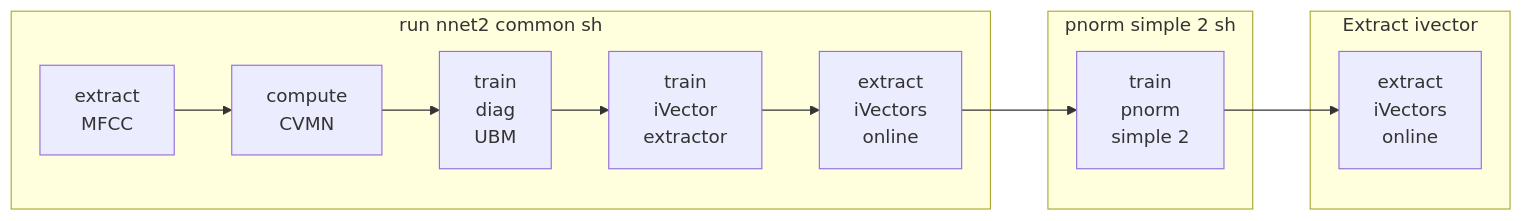
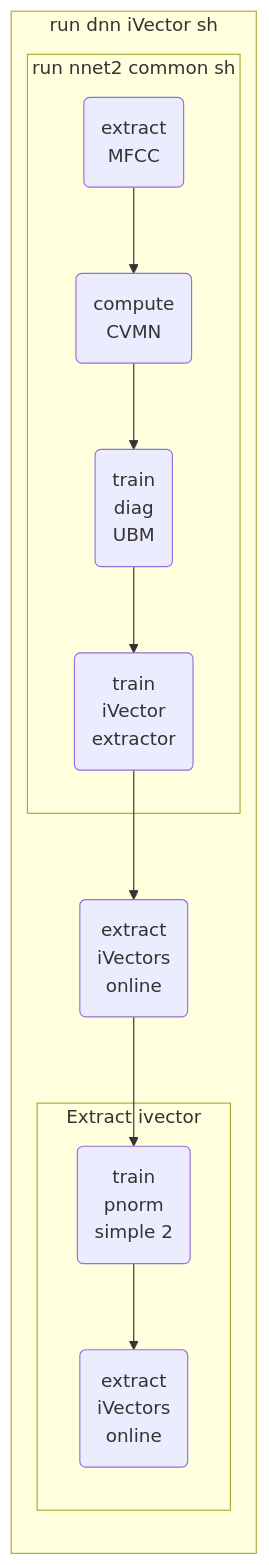
One commit to falabrasil/kaldi-br changed the second of 2 diagrams in README.md. Above: the diagram before and after it, drawn with Mermaid. The commit also changed other lines of this file, not shown here.

Commit message:
doc: gmm flowchart rm; dnn flowchart upgrade with and without iVecs

````diff
--- a/README.md
+++ b/README.md
@@ -115,16 +113,22 @@
 ```mermaid
 graph LR;
-    subgraph "run nnet2 common sh"
-    A[extract<br>MFCC]-->B;
-    B[compute<br>CVMN]-->C;
-    C[train<br>diag<br>UBM]-->D;
-    D[train<br>iVector<br>extractor]-->E;
-    end
-
-    subgraph "pnorm simple 2 sh"
-    E[extract<br>iVectors<br>online]-->F;
-    end
-    subgraph "Extract ivector"
-    F[train<br>pnorm<br>simple 2]-->G[extract<br>iVectors<br>online]
+    A --> B
+    B --> C
+    C --> D
+    D --> E
+    E --> F
+    F --> G
+    subgraph "run dnn iVector sh"
+        subgraph "run nnet2 common sh"
+            A("extract<br>MFCC")
+            B("compute<br>CVMN")
+            C("train<br>diag<br>UBM")
+            D("train<br>iVector<br>extractor")
+        end
+        E("extract<br>iVectors<br>online")
+        subgraph "Extract ivector"
+            F("train<br>pnorm<br>simple 2")
+            G("extract<br>iVectors<br>online")
+        end
     end
 ```
````
